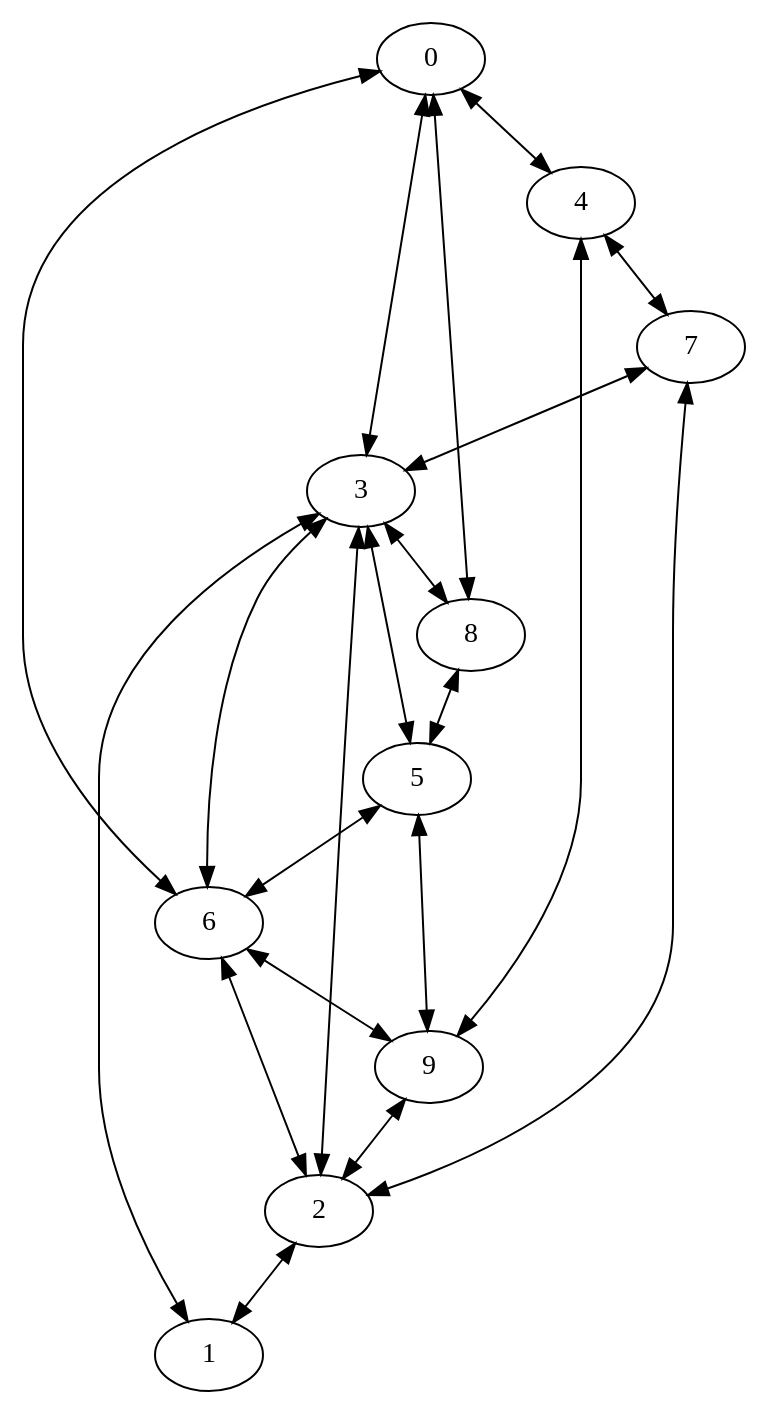
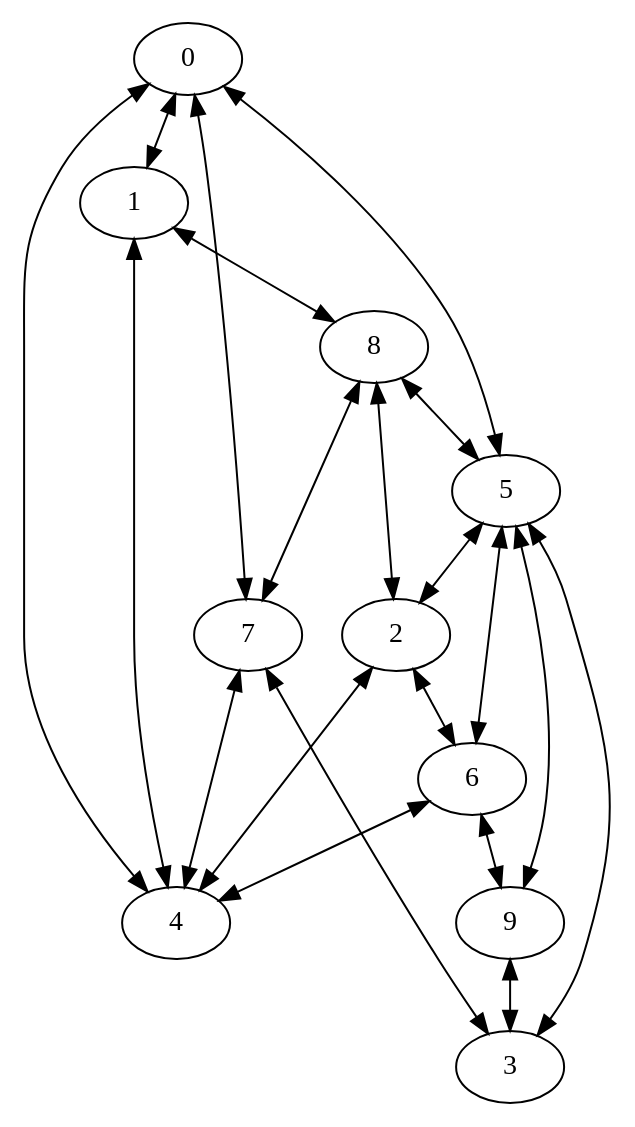
One commit to JacobStadler/city changed the diagram in Cities.gv. Above: the diagram before and after it, drawn with Graphviz. The commit also changed 3 other files, not shown here.

```diff
--- a/Cities.gv
+++ b/Cities.gv
@@ -1,32 +1,32 @@
 digraph Cities {
 	0 [label=0]
 	1 [label=1]
 	2 [label=2]
 	3 [label=3]
 	4 [label=4]
 	5 [label=5]
 	6 [label=6]
 	7 [label=7]
 	8 [label=8]
 	9 [label=9]
-	3 -> 0 [dir=both]
-	6 -> 0 [dir=both]
-	3 -> 1 [dir=both]
-	2 -> 1 [dir=both]
-	6 -> 2 [dir=both]
-	9 -> 2 [dir=both]
+	4 -> 0 [dir=both]
+	5 -> 0 [dir=both]
+	0 -> 1 [dir=both]
+	4 -> 1 [dir=both]
+	5 -> 2 [dir=both]
+	4 -> 2 [dir=both]
 	7 -> 3 [dir=both]
-	2 -> 3 [dir=both]
-	9 -> 4 [dir=both]
-	0 -> 4 [dir=both]
+	9 -> 3 [dir=both]
+	7 -> 4 [dir=both]
+	6 -> 4 [dir=both]
+	3 -> 5 [dir=both]
 	8 -> 5 [dir=both]
-	3 -> 5 [dir=both]
-	3 -> 6 [dir=both]
 	5 -> 6 [dir=both]
-	4 -> 7 [dir=both]
-	2 -> 7 [dir=both]
-	3 -> 8 [dir=both]
-	0 -> 8 [dir=both]
+	2 -> 6 [dir=both]
+	8 -> 7 [dir=both]
+	0 -> 7 [dir=both]
+	1 -> 8 [dir=both]
+	2 -> 8 [dir=both]
+	6 -> 9 [dir=both]
 	5 -> 9 [dir=both]
-	6 -> 9 [dir=both]
 }
```
